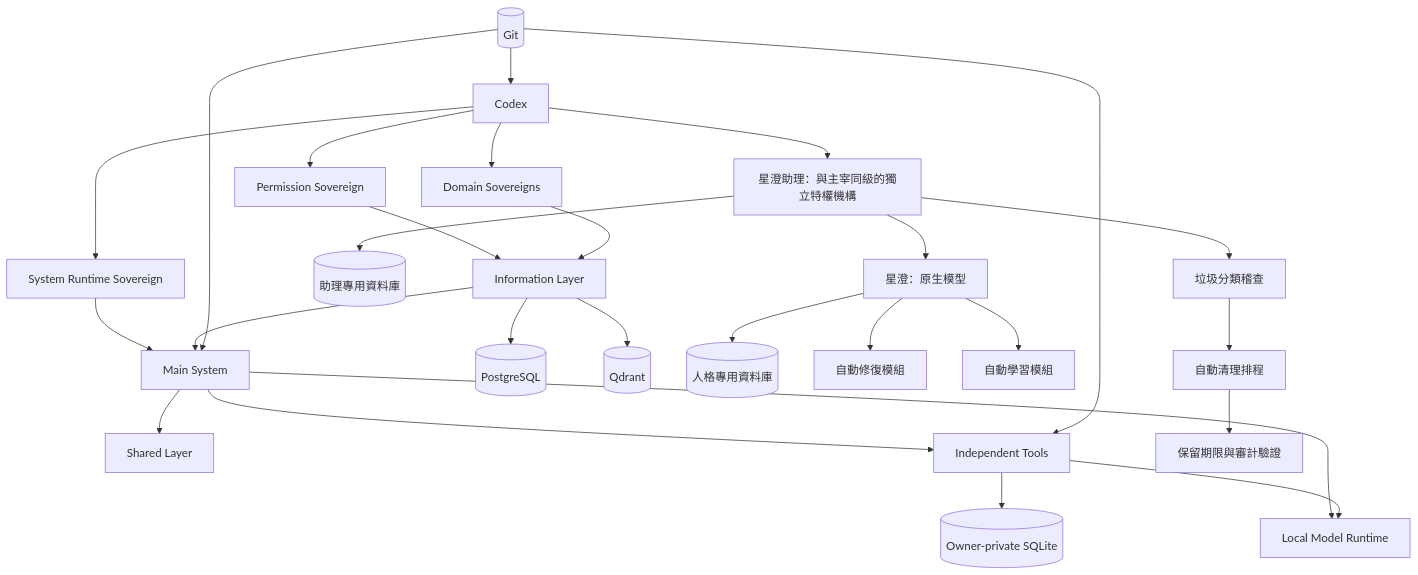
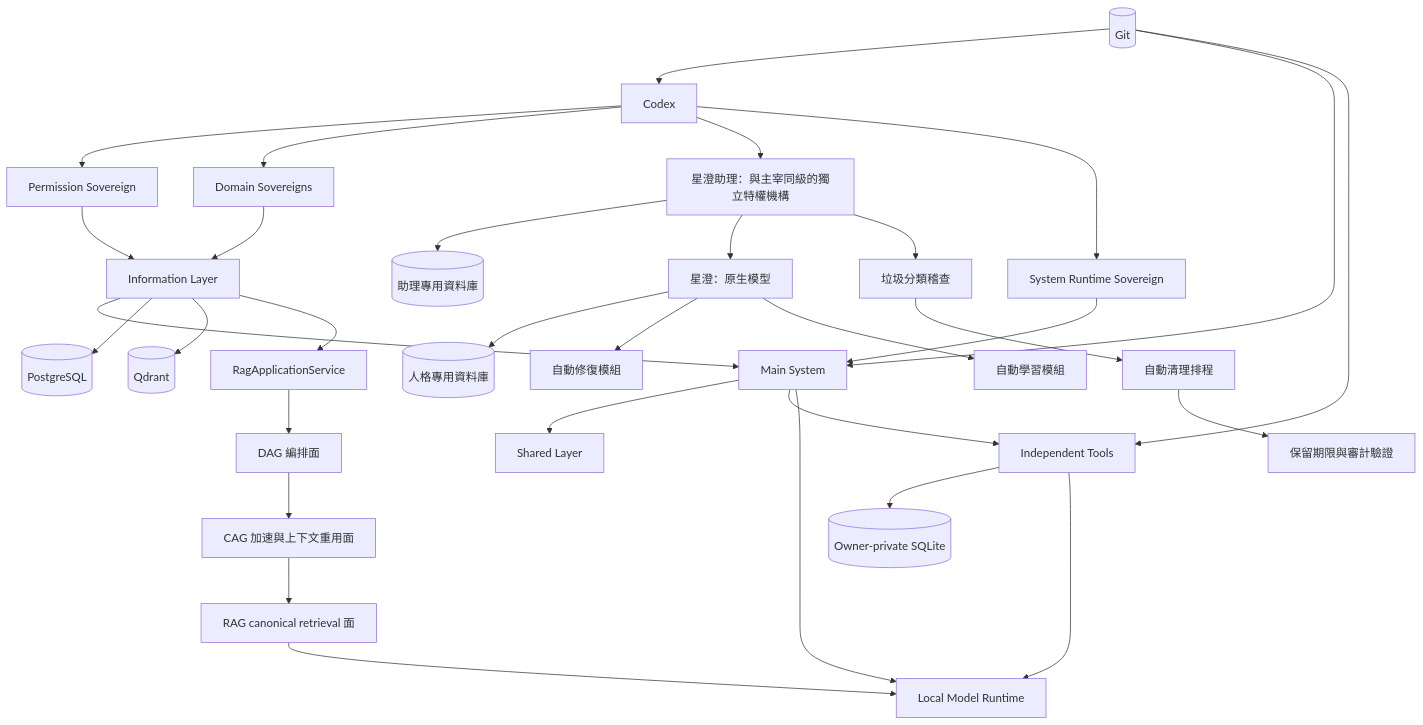
One commit to guilty442-source/GPTBridge changed the diagram in governance_rule/codex/architecture-project.md. Above: the diagram before and after it, drawn with Mermaid. The commit also changed other lines of this file and 54 other files, not shown here.

````diff
--- a/governance_rule/codex/architecture-project.md
+++ b/governance_rule/codex/architecture-project.md
@@ -3,29 +3,34 @@
 ```mermaid
 flowchart TB
   C[Codex] --> P[Permission Sovereign]
   C --> D[Domain Sovereigns]
   C --> XA[星澄助理：與主宰同級的獨立特權機構]
   C --> R[System Runtime Sovereign]
   P --> I[Information Layer]
   D --> I
   R --> M[Main System]
   I --> M
   M --> S[Shared Layer]
   M --> T[Independent Tools]
   I --> PG[(PostgreSQL)]
   I --> Q[(Qdrant)]
   T --> SQ[(Owner-private SQLite)]
   G[(Git)] --> C
   G --> M
   G --> T
   M --> L[Local Model Runtime]
   T --> L
+  I --> HAS[RagApplicationService]
+  HAS --> HDAG[DAG 編排面]
+  HDAG --> HCAG[CAG 加速與上下文重用面]
+  HCAG --> HRAG[RAG canonical retrieval 面]
+  HRAG --> L
   XA --> XAD[(助理專用資料庫)]
   XA --> XC[星澄：原生模型]
   XC --> XP[(人格專用資料庫)]
   XC --> AR[自動修復模組]
   XC --> AL[自動學習模組]
   XA --> GC[垃圾分類稽查]
   GC --> CS[自動清理排程]
   CS --> AU[保留期限與審計驗證]
 ```
````
